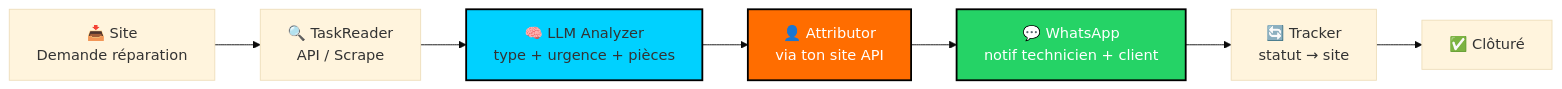
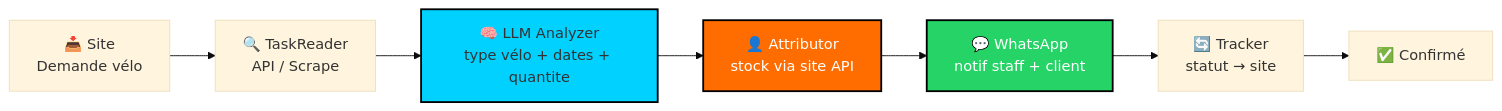
One commit to malekboucetta656-creator/Agent-repair changed the diagram in README.md. Above: the diagram before and after it, drawn with Mermaid (base theme). The commit also changed other lines of this file, not shown here.

````diff
--- a/README.md
+++ b/README.md
@@ -21,12 +21,12 @@
 ```mermaid
 graph LR
-    A[📥 Site<br/>Demande réparation] --> B[🔍 TaskReader<br/>API / Scrape]
-    B --> C[🧠 LLM Analyzer<br/>type + urgence + pièces]
-    C --> D[👤 Attributor<br/>via ton site API]
-    D --> E[💬 WhatsApp<br/>notif technicien + client]
+    A[📥 Site<br/>Demande vélo] --> B[🔍 TaskReader<br/>API / Scrape]
+    B --> C[🧠 LLM Analyzer<br/>type vélo + dates + quantite]
+    C --> D[👤 Attributor<br/>stock via site API]
+    D --> E[💬 WhatsApp<br/>notif staff + client]
     E --> F[🔄 Tracker<br/>statut → site]
-    F --> G[✅ Clôturé]
+    F --> G[✅ Confirmé]
     style C fill:#00D1FF,stroke:#000,stroke-width:2px
     style D fill:#FF6D00,stroke:#000,stroke-width:2px,color:#fff
     style E fill:#25D366,stroke:#000,stroke-width:2px,color:#fff
 ```
````
